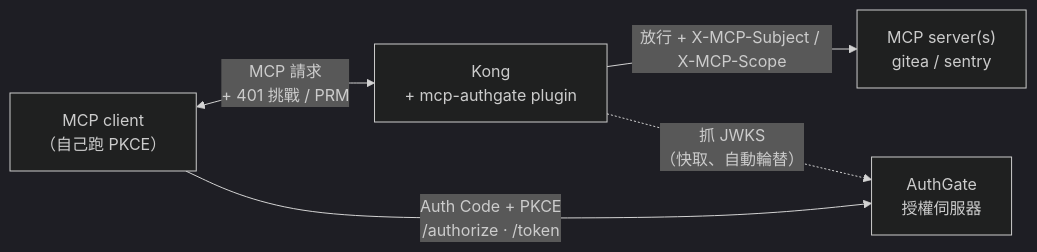
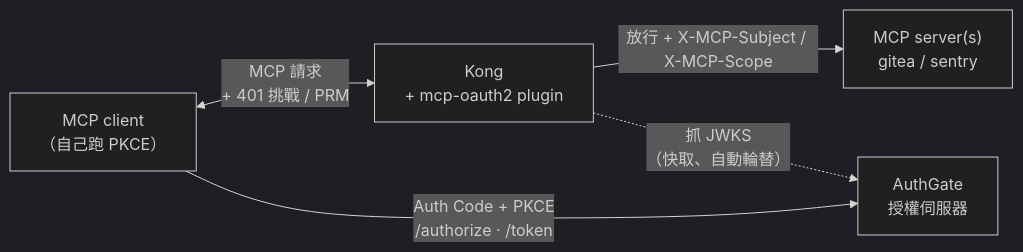
One commit to go-authgate/kong-mcp-oauth2 changed the first of 2 diagrams in README.zh-TW.md. Above: the diagram before and after it, drawn with Mermaid (dark theme). The commit also changed other lines of this file and 11 other files, not shown here.

First line of the commit message:
refactor: rename plugin mcp-authgate to mcp-oauth2

````diff
--- a/README.zh-TW.md
+++ b/README.zh-TW.md
@@ -26,12 +26,12 @@
 ```mermaid
 graph LR
     client["MCP client<br/>（自己跑 PKCE）"]
-    kong["Kong<br/>+ mcp-authgate plugin"]
+    kong["Kong<br/>+ mcp-oauth2 plugin"]
     authgate["AuthGate<br/>授權伺服器"]
     mcp["MCP server(s)<br/>gitea / sentry"]
 
     client <-->|"MCP 請求<br/>+ 401 挑戰 / PRM"| kong
     kong -->|"放行 + X-MCP-Subject / X-MCP-Scope"| mcp
     client -->|"Auth Code + PKCE<br/>/authorize · /token"| authgate
     kong -.->|"抓 JWKS<br/>（快取、自動輪替）"| authgate
 ```
````
